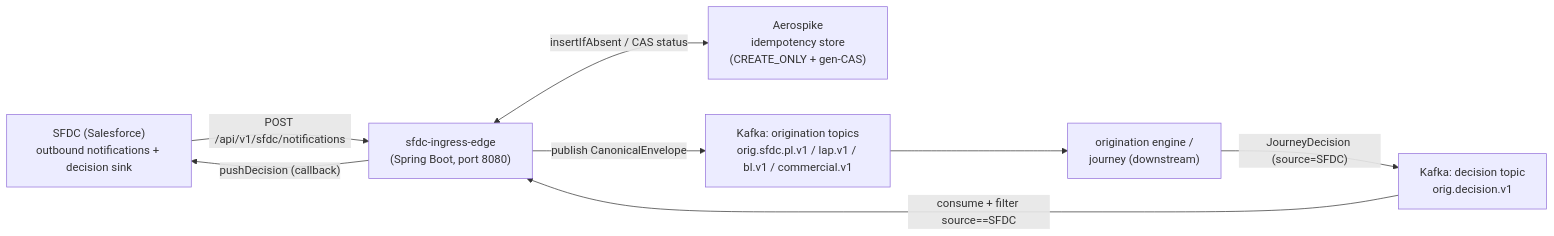
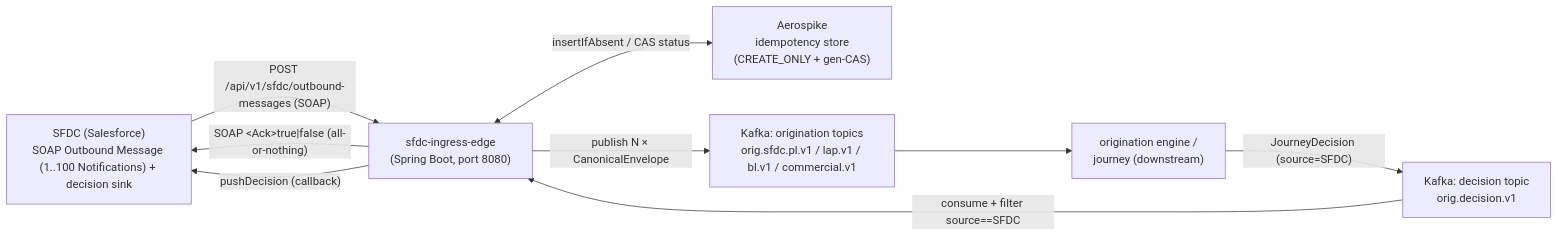
The first of 4 diagrams in edges/sfdc-ingress-edge/ARCHITECTURE.md (DileepJexpert/idfc-integration-platform), drawn with Mermaid before and after one commit. The commit also changed other lines of this file and 17 other files, not shown here.

````diff
--- a/edges/sfdc-ingress-edge/ARCHITECTURE.md
+++ b/edges/sfdc-ingress-edge/ARCHITECTURE.md
@@ -11,17 +11,18 @@
 ```mermaid
 flowchart LR
-    SFDC["SFDC (Salesforce)<br/>outbound notifications + decision sink"]
+    SFDC["SFDC (Salesforce)<br/>SOAP Outbound Message (1..100 Notifications) + decision sink"]
     EDGE["sfdc-ingress-edge<br/>(Spring Boot, port 8080)"]
     AERO["Aerospike<br/>idempotency store<br/>(CREATE_ONLY + gen-CAS)"]
     ORIG["Kafka: origination topics<br/>orig.sfdc.pl.v1 / lap.v1 / bl.v1 / commercial.v1"]
     DEC["Kafka: decision topic<br/>orig.decision.v1"]
     ENGINE["origination engine /<br/>journey (downstream)"]
 
-    SFDC -- "POST /api/v1/sfdc/notifications" --> EDGE
-    EDGE -- "publish CanonicalEnvelope" --> ORIG
+    SFDC -- "POST /api/v1/sfdc/outbound-messages (SOAP)" --> EDGE
+    EDGE -- "SOAP &lt;Ack&gt;true|false (all-or-nothing)" --> SFDC
+    EDGE -- "publish N × CanonicalEnvelope" --> ORIG
     ORIG --> ENGINE
     ENGINE -- "JourneyDecision (source=SFDC)" --> DEC
     DEC -- "consume + filter source==SFDC" --> EDGE
     EDGE -- "pushDecision (callback)" --> SFDC
     EDGE <-- "insertIfAbsent / CAS status" --> AERO
 ```
````
